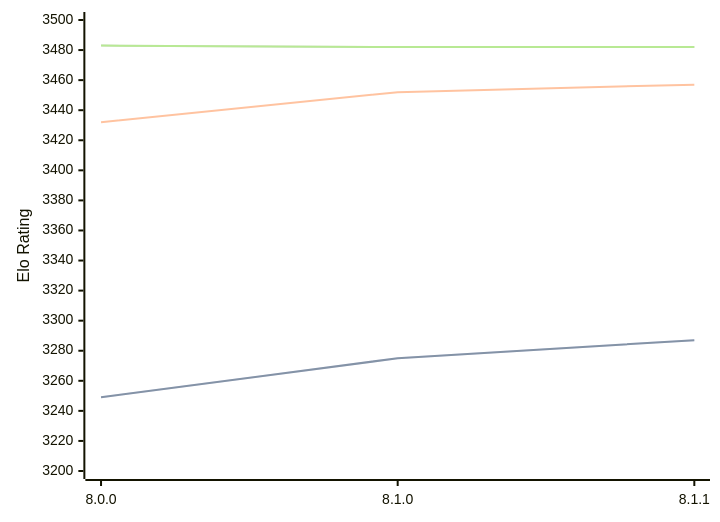
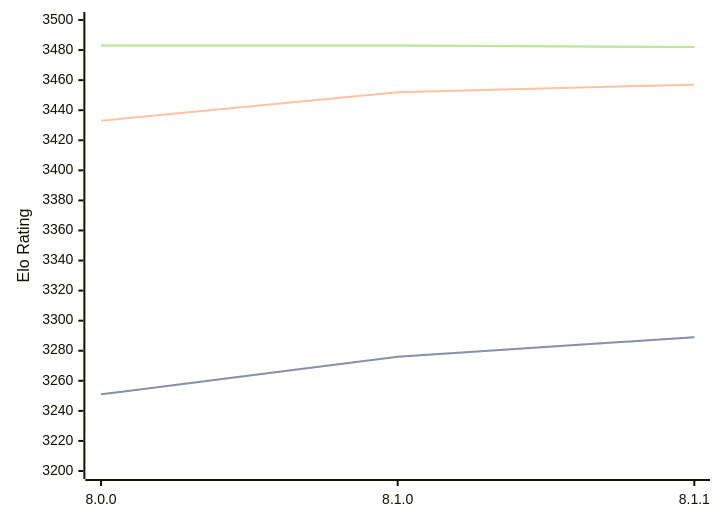
Before and after one commit to computer-chess-index/cci: the diagram in engines/Velvet.md, drawn with Mermaid. The commit also changed other lines of this file, not shown here.

Commit message:
Update CCI Ratings (ELO VLTC) - 2026-10-08

````diff
--- a/engines/Velvet.md
+++ b/engines/Velvet.md
@@ -33,11 +33,11 @@
 ```mermaid
 %%{init: {"theme":"base","themeVariables":{"seriesColors:['#a3a3a3','#222221','#faa371']}}}%%
 xychart-beta
   x-axis ["8.0.0", "8.1.0", "8.1.1"]
   y-axis "Elo Rating" 3200 --> 3500
-  line "" [3249, 3275, 3287]
-  line "STC (8.0+0.08s)" [3249, 3275, 3287]
-  line "LTC (60.0+0.60s)" [3432, 3452, 3457]
-  line "" [3483, 3482, 3482]
-  line "VLTC (2m24s+1.12s)" [3483, 3482, 3482]
+  line "" [3251, 3276, 3289]
+  line "STC (8.0+0.08s)" [3251, 3276, 3289]
+  line "LTC (60.0+0.60s)" [3433, 3452, 3457]
+  line "" [3483, 3483, 3482]
+  line "VLTC (2m24s+1.12s)" [3483, 3483, 3482]
 ```
````
